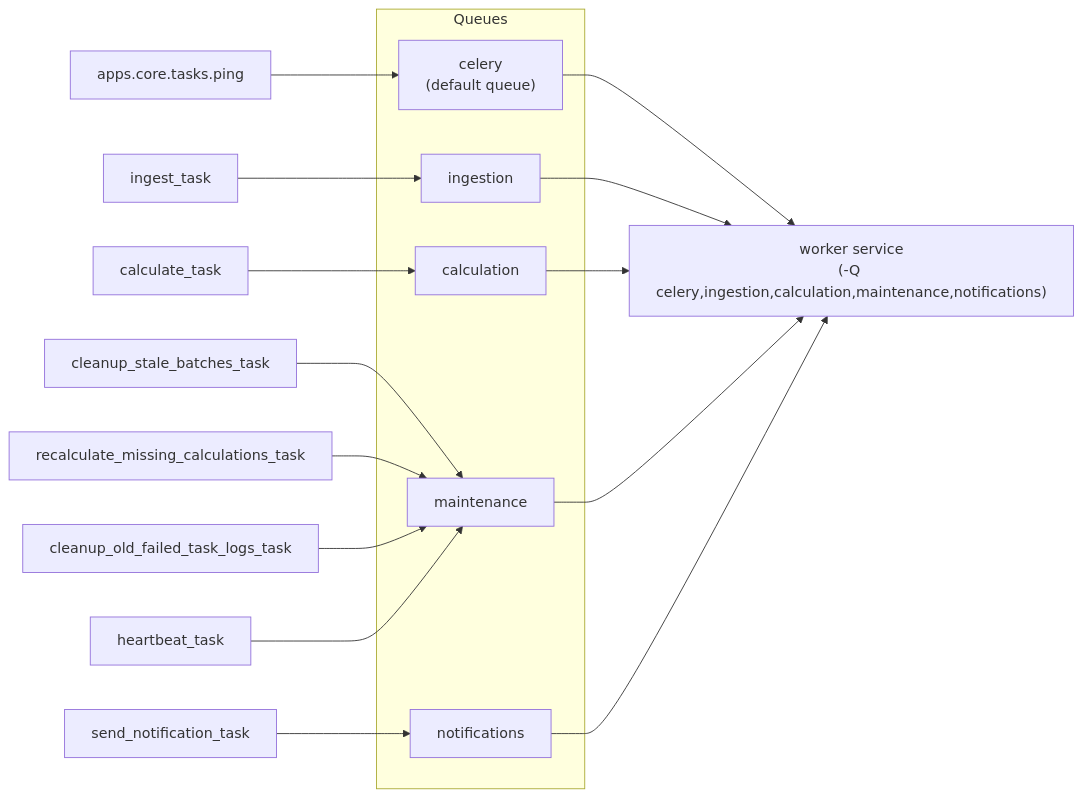
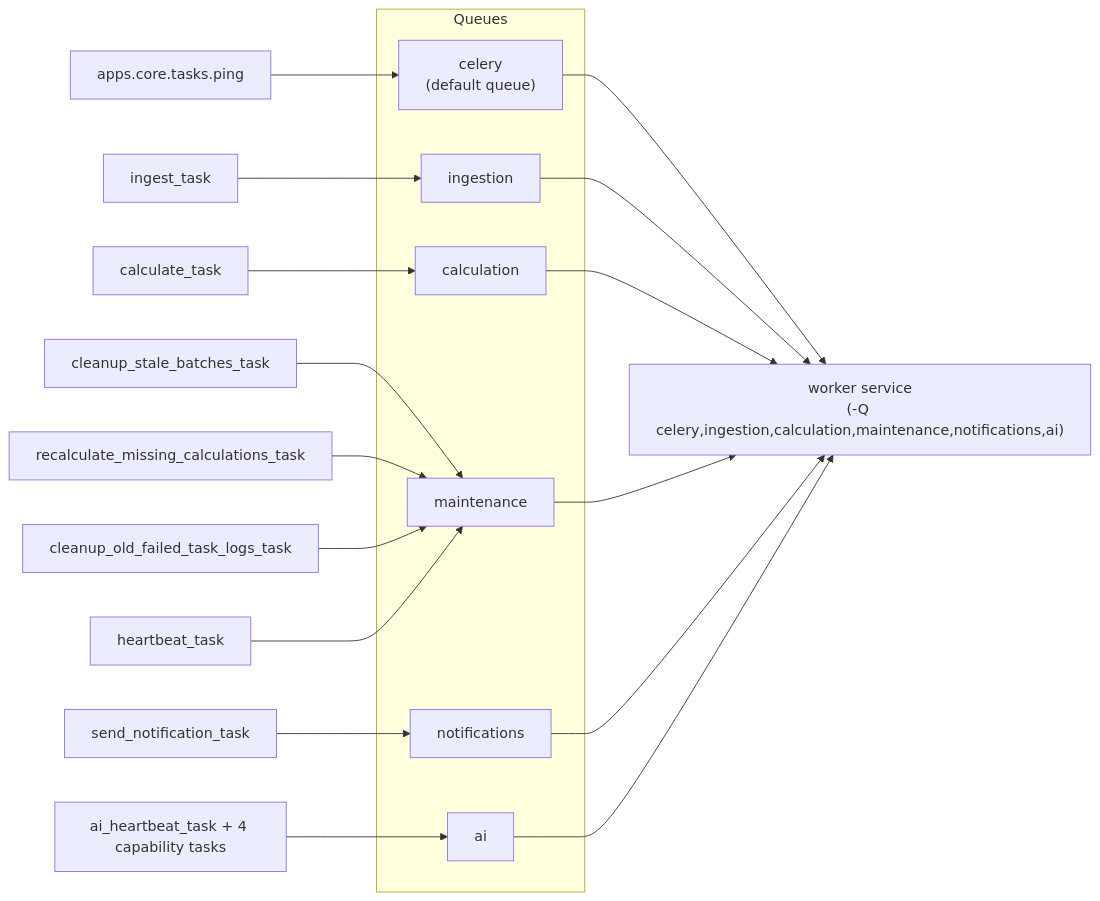
Before and after one commit to Utkarshum7/scopetrace-platform: the third of 3 diagrams in docs/ARCHITECTURE_OVERVIEW.md, drawn with Mermaid. The commit also changed other lines of this file and 4 other files, not shown here.

````diff
--- a/docs/ARCHITECTURE_OVERVIEW.md
+++ b/docs/ARCHITECTURE_OVERVIEW.md
@@ -110,21 +110,23 @@
 ```mermaid
 flowchart LR
     subgraph Queues
         Q_C["celery\n(default queue)"]
         Q_I["ingestion"]
         Q_CALC["calculation"]
         Q_M["maintenance"]
         Q_N["notifications"]
+        Q_AI["ai"]
     end
 
     T_ping["apps.core.tasks.ping"] --> Q_C
     T_ingest["ingest_task"] --> Q_I
     T_calc["calculate_task"] --> Q_CALC
     T_stale["cleanup_stale_batches_task"] --> Q_M
     T_recalc["recalculate_missing_calculations_task"] --> Q_M
     T_dlqclean["cleanup_old_failed_task_logs_task"] --> Q_M
     T_heartbeat["heartbeat_task"] --> Q_M
     T_notify["send_notification_task"] --> Q_N
+    T_ai["ai_heartbeat_task + 4 capability tasks"] --> Q_AI
 
-    Q_C & Q_I & Q_CALC & Q_M & Q_N --> WORKER["worker service\n(-Q celery,ingestion,calculation,maintenance,notifications)"]
+    Q_C & Q_I & Q_CALC & Q_M & Q_N & Q_AI --> WORKER["worker service\n(-Q celery,ingestion,calculation,maintenance,notifications,ai)"]
 ```
````
